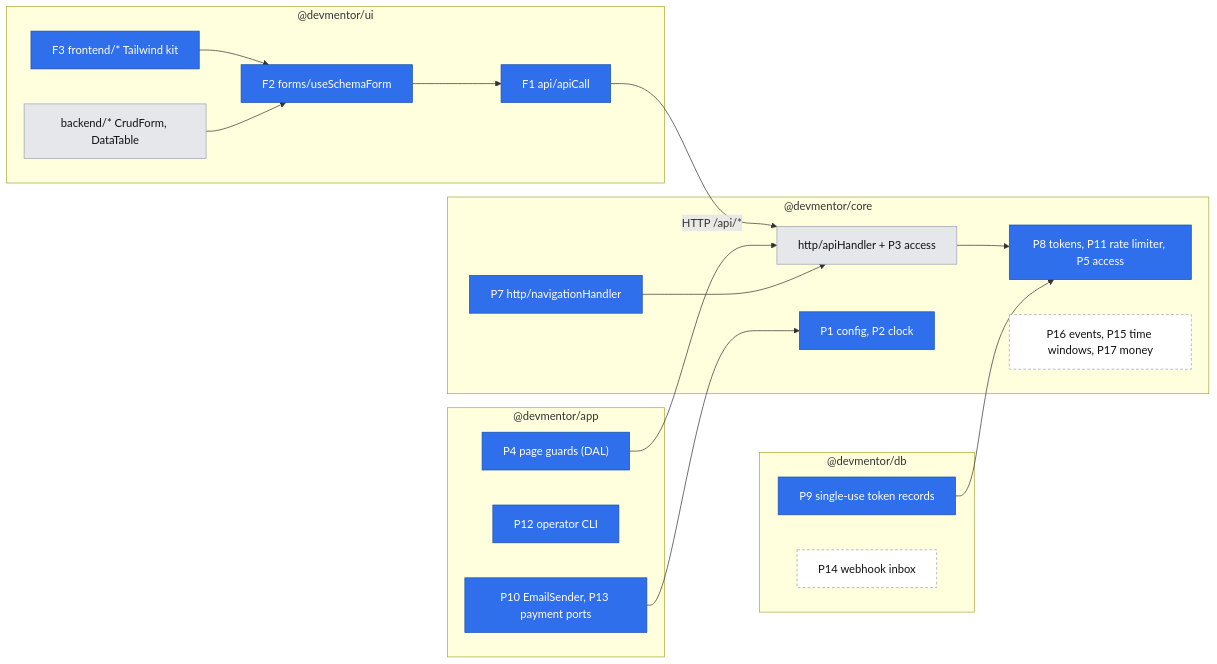
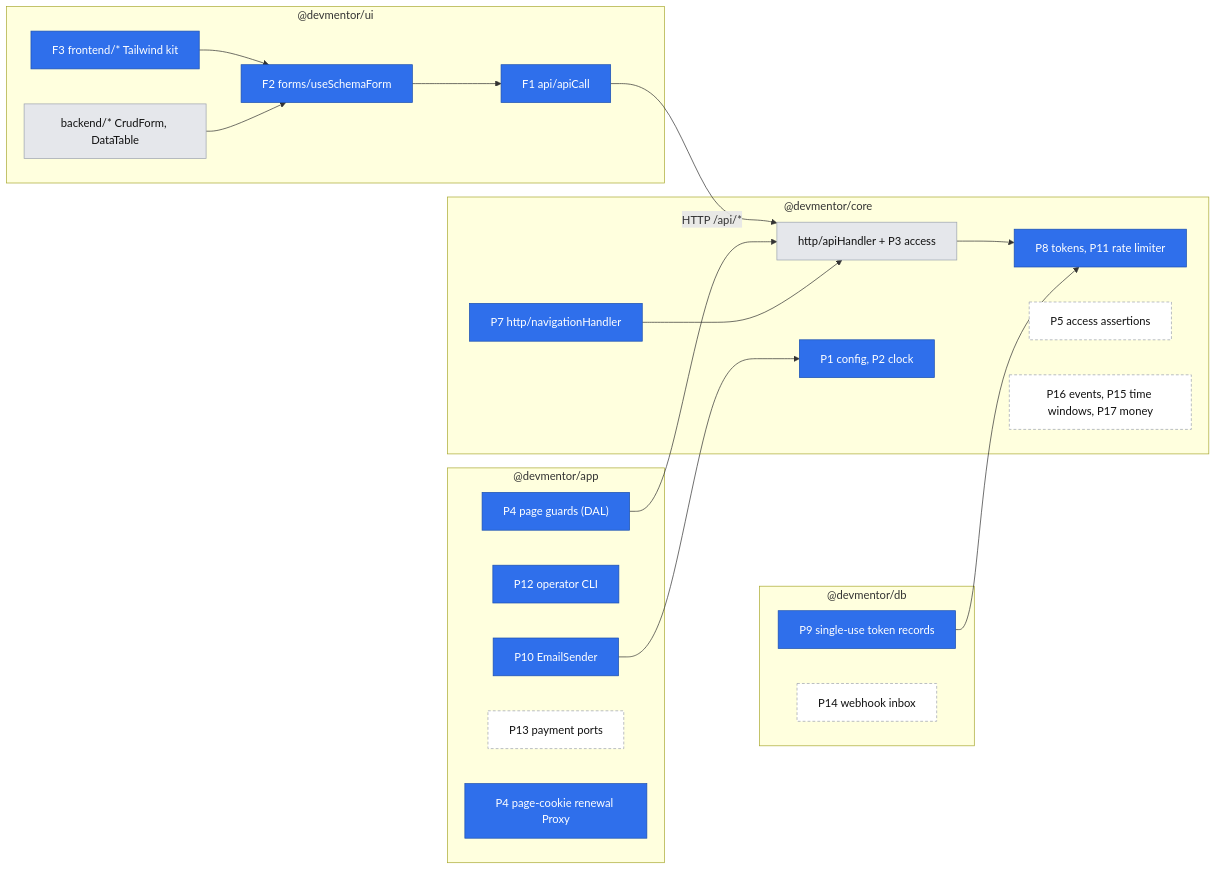
Before and after one commit to rafsaw/ai_techleaders: the diagram in .ai/specs/2026-10-17-platform-primitives.md, drawn with Mermaid. The commit also changed other lines of this file and 3 other files, not shown here.

````diff
--- a/.ai/specs/2026-10-17-platform-primitives.md
+++ b/.ai/specs/2026-10-17-platform-primitives.md
@@ -132,38 +135,41 @@
 ```mermaid
 flowchart LR
     classDef existing fill:#e5e7eb,color:#111,stroke:#9ca3af
     classDef e01 fill:#2f6feb,color:#fff,stroke:#1b4fb0
     classDef planned fill:#fff,color:#111,stroke:#9ca3af,stroke-dasharray: 4 3
 
     subgraph ui["@devmentor/ui"]
       api["F1 api/apiCall"]:::e01
       formcore["F2 forms/useSchemaForm"]:::e01
       fk["F3 frontend/* Tailwind kit"]:::e01
       bk["backend/* CrudForm, DataTable"]:::existing
     end
     subgraph core["@devmentor/core"]
       h["http/apiHandler + P3 access"]:::existing
       nav["P7 http/navigationHandler"]:::e01
-      sec["P8 tokens, P11 rate limiter, P5 access"]:::e01
+      sec["P8 tokens, P11 rate limiter"]:::e01
+      assertions["P5 access assertions"]:::planned
       cfg["P1 config, P2 clock"]:::e01
       ev["P16 events, P15 time windows, P17 money"]:::planned
     end
     subgraph db["@devmentor/db"]
       sut["P9 single-use token records"]:::e01
       inbox["P14 webhook inbox"]:::planned
     end
     subgraph app["@devmentor/app"]
       guards["P4 page guards (DAL)"]:::e01
       cli["P12 operator CLI"]:::e01
-      ports["P10 EmailSender, P13 payment ports"]:::e01
+      ports["P10 EmailSender"]:::e01
+      paymentports["P13 payment ports"]:::planned
+      cookieproxy["P4 page-cookie renewal Proxy"]:::e01
     end
     fk --> formcore
     bk --> formcore
     formcore --> api
     api -->|"HTTP /api/*"| h
     guards --> h
     nav --> h
     h --> sec
     ports --> cfg
     sut --> sec
 ```
````
